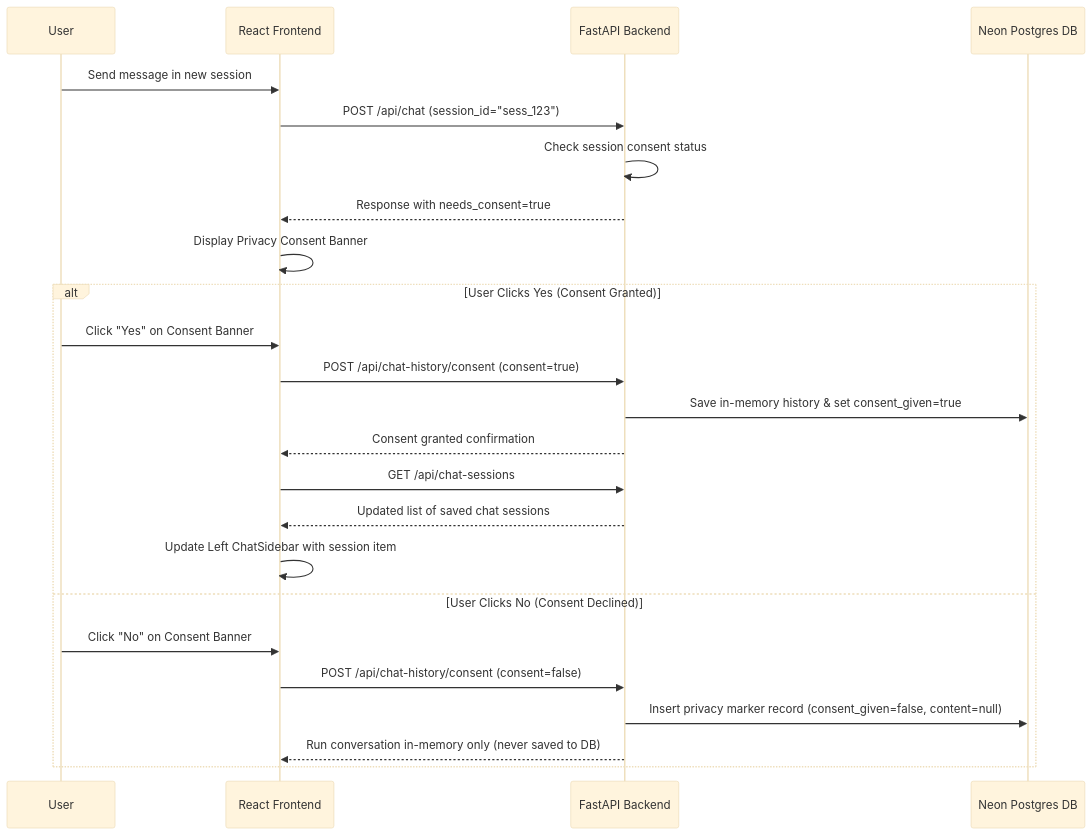
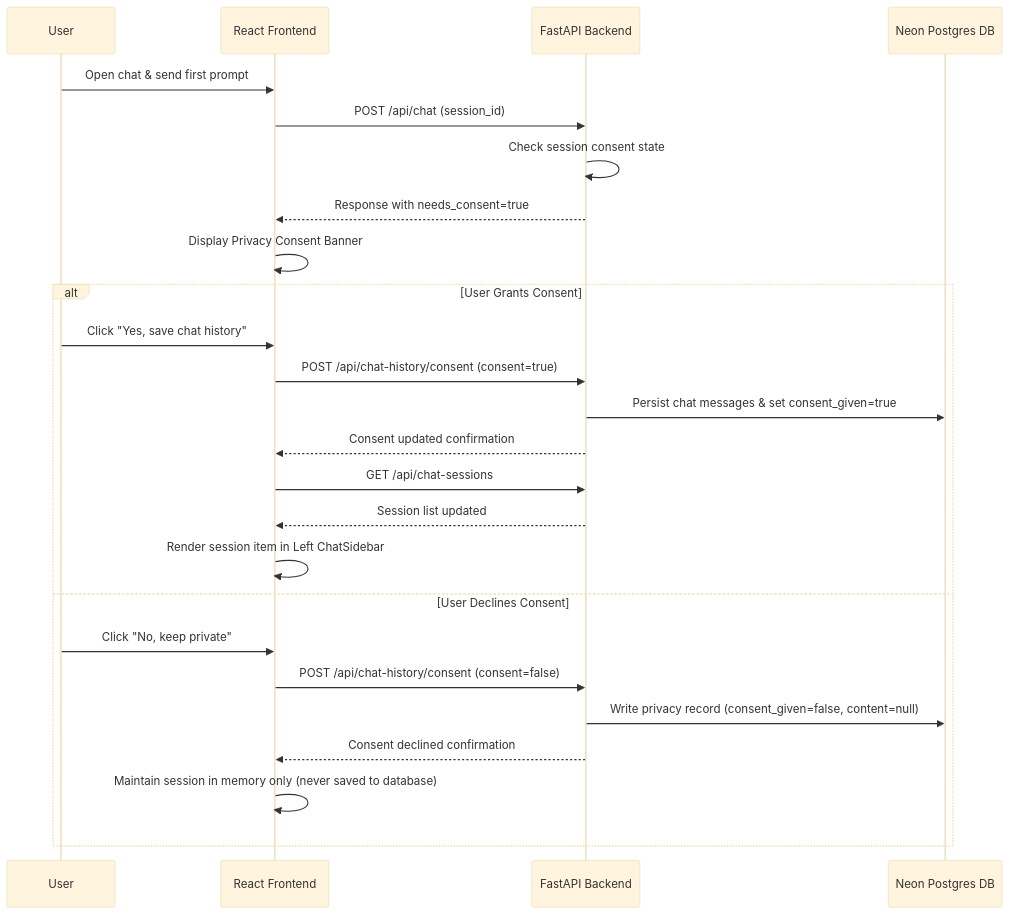
Before and after one commit to Vijajraj/Razorpay_checkout_agent: the fifth of 6 diagrams in README.md, drawn with Mermaid (base theme). The commit also changed other lines of this file, not shown here.

Commit message:
Update README.md: remove emojis, add rich ASCII and Mermaid visualizations, improve structure

````diff
--- a/README.md
+++ b/README.md
@@ -207,28 +310,29 @@
 ```mermaid
 sequenceDiagram
     participant User
     participant Frontend as React Frontend
     participant Backend as FastAPI Backend
     participant DB as Neon Postgres DB
 
-    User->>Frontend: Send message in new session
-    Frontend->>Backend: POST /api/chat (session_id="sess_123")
-    Backend->>Backend: Check session consent status
+    User->>Frontend: Open chat & send first prompt
+    Frontend->>Backend: POST /api/chat (session_id)
+    Backend->>Backend: Check session consent state
     Backend-->>Frontend: Response with needs_consent=true
     Frontend->>Frontend: Display Privacy Consent Banner
 
-    alt User Clicks Yes (Consent Granted)
-        User->>Frontend: Click "Yes" on Consent Banner
+    alt User Grants Consent
+        User->>Frontend: Click "Yes, save chat history"
         Frontend->>Backend: POST /api/chat-history/consent (consent=true)
-        Backend->>DB: Save in-memory history & set consent_given=true
-        Backend-->>Frontend: Consent granted confirmation
+        Backend->>DB: Persist chat messages & set consent_given=true
+        Backend-->>Frontend: Consent updated confirmation
         Frontend->>Backend: GET /api/chat-sessions
-        Backend-->>Frontend: Updated list of saved chat sessions
-        Frontend->>Frontend: Update Left ChatSidebar with session item
-    else User Clicks No (Consent Declined)
-        User->>Frontend: Click "No" on Consent Banner
+        Backend-->>Frontend: Session list updated
+        Frontend->>Frontend: Render session item in Left ChatSidebar
+    else User Declines Consent
+        User->>Frontend: Click "No, keep private"
         Frontend->>Backend: POST /api/chat-history/consent (consent=false)
-        Backend->>DB: Insert privacy marker record (consent_given=false, content=null)
-        Backend-->>Frontend: Run conversation in-memory only (never saved to DB)
+        Backend->>DB: Write privacy record (consent_given=false, content=null)
+        Backend-->>Frontend: Consent declined confirmation
+        Frontend->>Frontend: Maintain session in memory only (never saved to database)
     end
 ```
````
